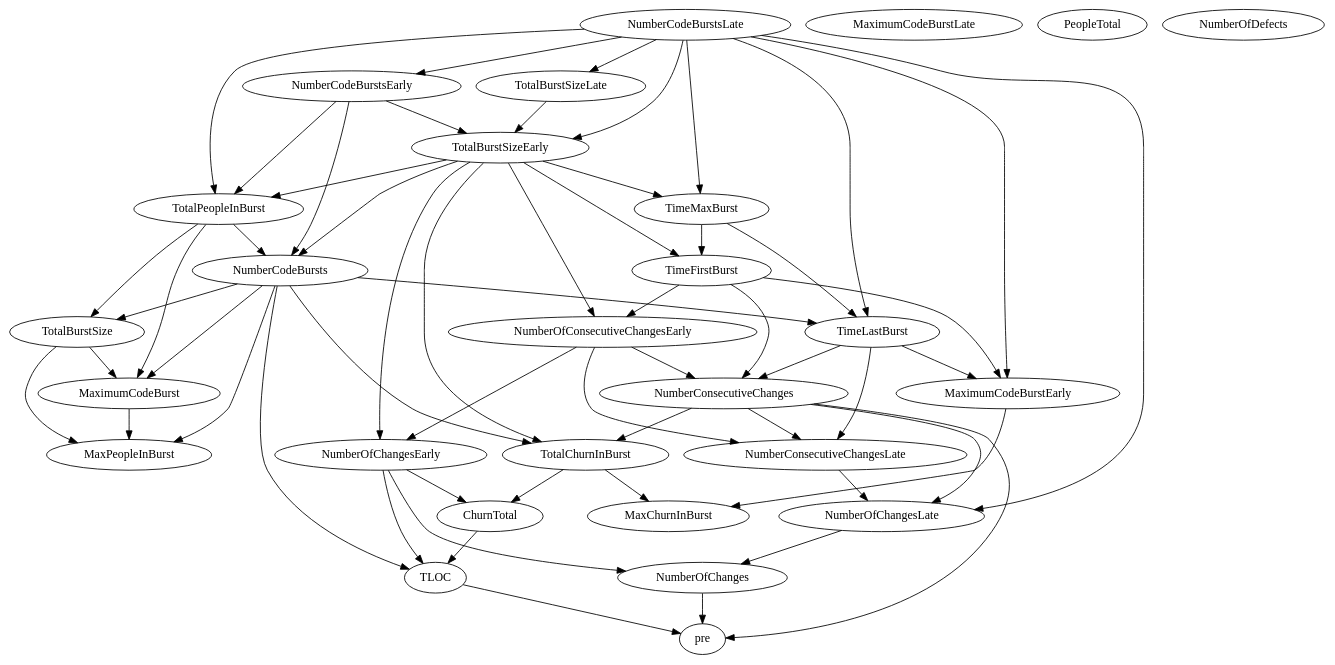
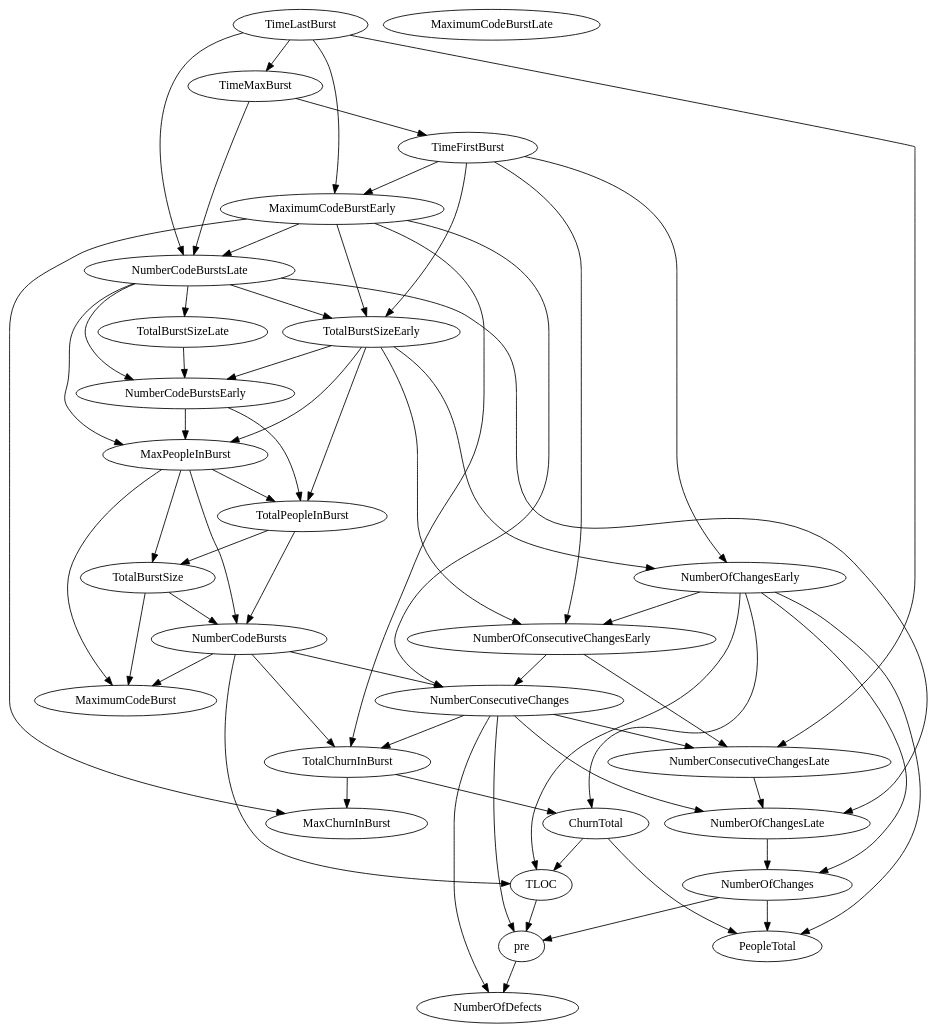
Before and after one commit to Broshen/defect_prediction_analysis: the diagram in experiment_3/bn_graphs/weekly/classes/ECLIPSE21_GAP3-3_BURST3-3/ECLIPSE21_GAP3-3_BURST3-3_bn_10.dot, drawn with Graphviz. The commit also changed 340 other files, not shown here.

```diff
--- a/experiment_3/bn_graphs/weekly/classes/ECLIPSE21_GAP3-3_BURST3-3/ECLIPSE21_GAP3-3_BURST3-3_bn_10.dot
+++ b/experiment_3/bn_graphs/weekly/classes/ECLIPSE21_GAP3-3_BURST3-3/ECLIPSE21_GAP3-3_BURST3-3_bn_10.dot
@@ -1,86 +1,91 @@
 digraph {
    TotalPeopleInBurst;
    MaximumCodeBurstLate;
    NumberOfChanges;
    MaxPeopleInBurst;
    TotalBurstSizeLate;
    NumberCodeBurstsLate;
    NumberOfChangesLate;
    NumberOfChangesEarly;
    MaxChurnInBurst;
    MaximumCodeBurstEarly;
    NumberCodeBurstsEarly;
    TimeFirstBurst;
    TotalChurnInBurst;
    ChurnTotal;
    MaximumCodeBurst;
    NumberOfConsecutiveChangesEarly;
    NumberConsecutiveChangesLate;
    TotalBurstSizeEarly;
    TotalBurstSize;
    TimeMaxBurst;
    NumberConsecutiveChanges;
    TimeLastBurst;
    NumberCodeBursts;
    PeopleTotal;
    pre;
    NumberOfDefects;
    TLOC;
-   TotalPeopleInBurst -> MaximumCodeBurst;
    TotalPeopleInBurst -> TotalBurstSize;
    TotalPeopleInBurst -> NumberCodeBursts;
+   NumberOfChanges -> PeopleTotal;
    NumberOfChanges -> pre;
-   TotalBurstSizeLate -> TotalBurstSizeEarly;
-   NumberCodeBurstsLate -> TotalPeopleInBurst;
+   MaxPeopleInBurst -> TotalPeopleInBurst;
+   MaxPeopleInBurst -> MaximumCodeBurst;
+   MaxPeopleInBurst -> TotalBurstSize;
+   MaxPeopleInBurst -> NumberCodeBursts;
+   TotalBurstSizeLate -> NumberCodeBurstsEarly;
+   NumberCodeBurstsLate -> MaxPeopleInBurst;
    NumberCodeBurstsLate -> TotalBurstSizeLate;
    NumberCodeBurstsLate -> NumberOfChangesLate;
-   NumberCodeBurstsLate -> MaximumCodeBurstEarly;
    NumberCodeBurstsLate -> NumberCodeBurstsEarly;
    NumberCodeBurstsLate -> TotalBurstSizeEarly;
-   NumberCodeBurstsLate -> TimeMaxBurst;
-   NumberCodeBurstsLate -> TimeLastBurst;
    NumberOfChangesLate -> NumberOfChanges;
    NumberOfChangesEarly -> NumberOfChanges;
    NumberOfChangesEarly -> ChurnTotal;
+   NumberOfChangesEarly -> NumberOfConsecutiveChangesEarly;
+   NumberOfChangesEarly -> PeopleTotal;
    NumberOfChangesEarly -> TLOC;
+   MaximumCodeBurstEarly -> NumberCodeBurstsLate;
    MaximumCodeBurstEarly -> MaxChurnInBurst;
+   MaximumCodeBurstEarly -> TotalChurnInBurst;
+   MaximumCodeBurstEarly -> TotalBurstSizeEarly;
+   MaximumCodeBurstEarly -> NumberConsecutiveChanges;
    NumberCodeBurstsEarly -> TotalPeopleInBurst;
-   NumberCodeBurstsEarly -> TotalBurstSizeEarly;
-   NumberCodeBurstsEarly -> NumberCodeBursts;
+   NumberCodeBurstsEarly -> MaxPeopleInBurst;
+   TimeFirstBurst -> NumberOfChangesEarly;
    TimeFirstBurst -> MaximumCodeBurstEarly;
    TimeFirstBurst -> NumberOfConsecutiveChangesEarly;
-   TimeFirstBurst -> NumberConsecutiveChanges;
+   TimeFirstBurst -> TotalBurstSizeEarly;
    TotalChurnInBurst -> MaxChurnInBurst;
    TotalChurnInBurst -> ChurnTotal;
+   ChurnTotal -> PeopleTotal;
    ChurnTotal -> TLOC;
-   MaximumCodeBurst -> MaxPeopleInBurst;
-   NumberOfConsecutiveChangesEarly -> NumberOfChangesEarly;
    NumberOfConsecutiveChangesEarly -> NumberConsecutiveChangesLate;
    NumberOfConsecutiveChangesEarly -> NumberConsecutiveChanges;
    NumberConsecutiveChangesLate -> NumberOfChangesLate;
    TotalBurstSizeEarly -> TotalPeopleInBurst;
+   TotalBurstSizeEarly -> MaxPeopleInBurst;
    TotalBurstSizeEarly -> NumberOfChangesEarly;
-   TotalBurstSizeEarly -> TimeFirstBurst;
-   TotalBurstSizeEarly -> TotalChurnInBurst;
+   TotalBurstSizeEarly -> NumberCodeBurstsEarly;
    TotalBurstSizeEarly -> NumberOfConsecutiveChangesEarly;
-   TotalBurstSizeEarly -> TimeMaxBurst;
-   TotalBurstSizeEarly -> NumberCodeBursts;
-   TotalBurstSize -> MaxPeopleInBurst;
    TotalBurstSize -> MaximumCodeBurst;
+   TotalBurstSize -> NumberCodeBursts;
+   TimeMaxBurst -> NumberCodeBurstsLate;
    TimeMaxBurst -> TimeFirstBurst;
-   TimeMaxBurst -> TimeLastBurst;
    NumberConsecutiveChanges -> NumberOfChangesLate;
    NumberConsecutiveChanges -> TotalChurnInBurst;
    NumberConsecutiveChanges -> NumberConsecutiveChangesLate;
    NumberConsecutiveChanges -> pre;
+   NumberConsecutiveChanges -> NumberOfDefects;
+   TimeLastBurst -> NumberCodeBurstsLate;
    TimeLastBurst -> MaximumCodeBurstEarly;
    TimeLastBurst -> NumberConsecutiveChangesLate;
-   TimeLastBurst -> NumberConsecutiveChanges;
-   NumberCodeBursts -> MaxPeopleInBurst;
+   TimeLastBurst -> TimeMaxBurst;
    NumberCodeBursts -> TotalChurnInBurst;
    NumberCodeBursts -> MaximumCodeBurst;
-   NumberCodeBursts -> TotalBurstSize;
-   NumberCodeBursts -> TimeLastBurst;
+   NumberCodeBursts -> NumberConsecutiveChanges;
    NumberCodeBursts -> TLOC;
+   pre -> NumberOfDefects;
    TLOC -> pre;
 }
```
